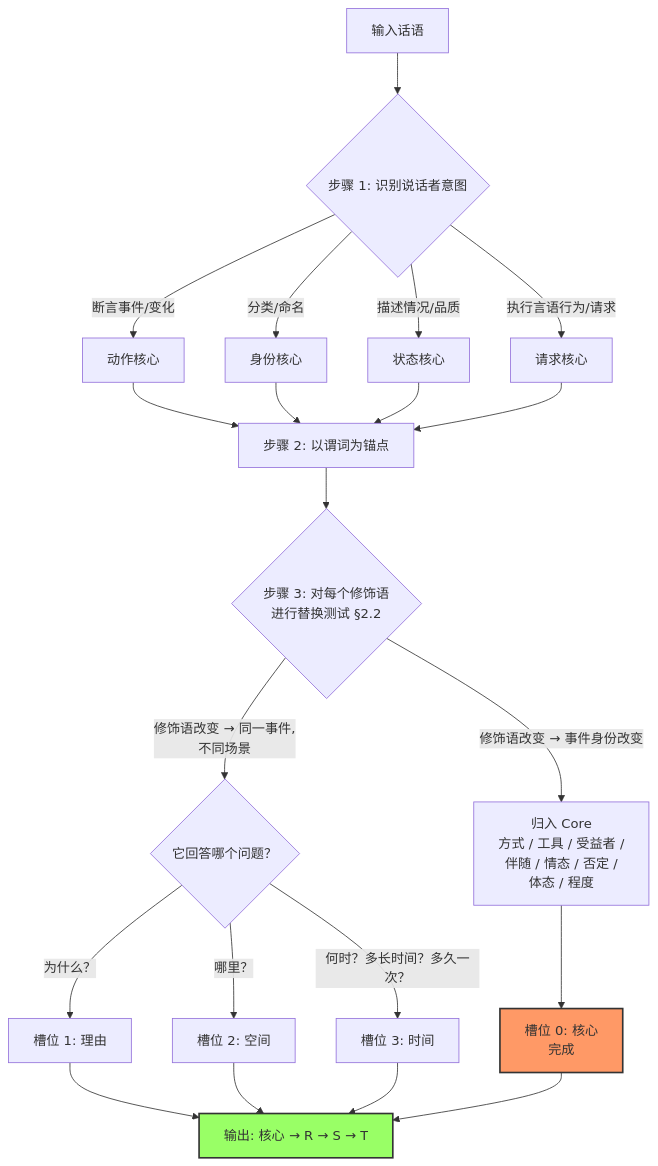
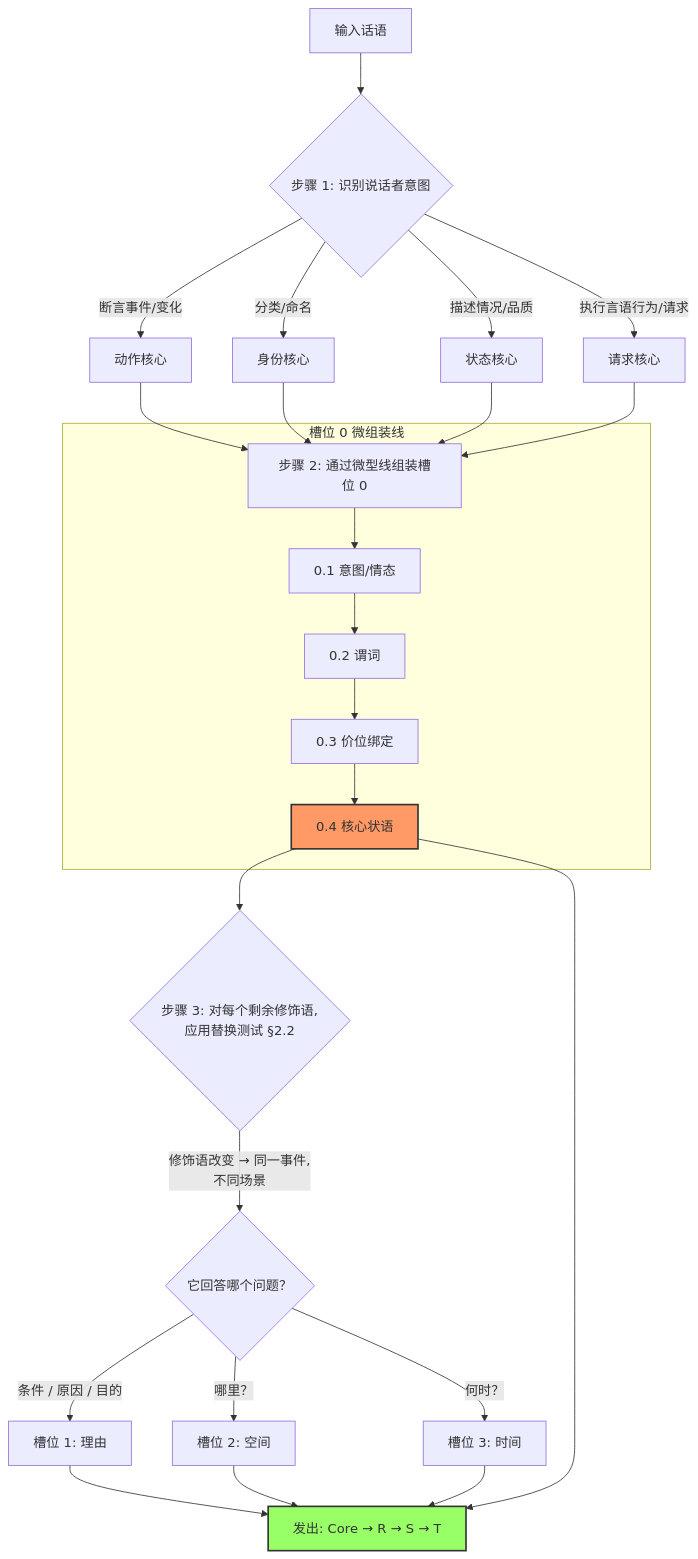
The third of 3 diagrams in docs/zh/foundations/core-concept.md (corefirst/cflt), drawn with Mermaid before and after one commit. The commit also changed other lines of this file and 7 other files, not shown here.

````diff
--- a/docs/zh/foundations/core-concept.md
+++ b/docs/zh/foundations/core-concept.md
@@ -480,30 +482,35 @@
 ```mermaid
 flowchart TD
     A[输入话语] --> B{步骤 1: 识别说话者意图}
     B -->|断言事件/变化| C1[动作核心]
     B -->|分类/命名| C2[身份核心]
     B -->|描述情况/品质| C3[状态核心]
     B -->|执行言语行为/请求| C4[请求核心]
 
-    C1 --> D[步骤 2: 以谓词为锚点]
+    C1 --> D[步骤 2: 通过微型线组装槽位 0]
     C2 --> D
     C3 --> D
     C4 --> D
 
-    D --> E{步骤 3: 对每个修饰语<br/>进行替换测试 §2.2}
-    E -->|"修饰语改变 → 事件身份改变"| F[归入 Core<br/>方式 / 工具 / 受益者 /<br/>伴随 / 情态 / 否定 /<br/>体态 / 程度]
+    subgraph "槽位 0 微组装线"
+    D --> D1[0.1 意图/情态]
+    D1 --> D2[0.2 谓词]
+    D2 --> D3[0.3 价位绑定]
+    D3 --> D4[0.4 核心状语]
+    end
+
+    D4 --> E{步骤 3: 对每个剩余修饰语,<br/>应用替换测试 §2.2}
     E -->|"修饰语改变 → 同一事件,<br/>不同场景"| G{它回答哪个问题？}
 
-    G -->|为什么？| H1[槽位 1: 理由]
+    G -->|条件 / 原因 / 目的| H1[槽位 1: 理由]
     G -->|哪里？| H2[槽位 2: 空间]
-    G -->|何时？多长时间？多久一次？| H3[槽位 3: 时间]
+    G -->|何时？| H3[槽位 3: 时间]
 
-    F --> I[槽位 0: 核心<br/>完成]
-    H1 --> J[输出: 核心 → R → S → T]
+    H1 --> J[发出: Core → R → S → T]
     H2 --> J
     H3 --> J
-    I --> J
+    D4 --> J
 
-    style I fill:#f96,stroke:#333,stroke-width:2px
+    style D4 fill:#f96,stroke:#333,stroke-width:2px
     style J fill:#9f6,stroke:#333,stroke-width:2px
 ```
````
